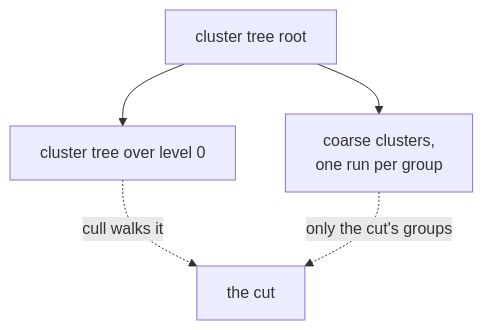
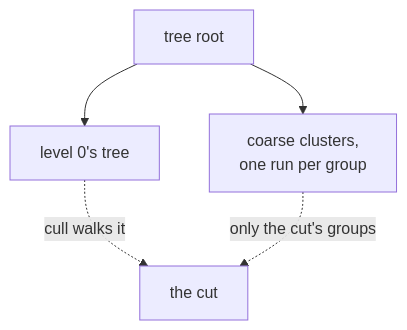
The second of 4 diagrams in docs/render/frame/Levels-of-Detail.md (jose-villegas/autana), drawn with Mermaid before and after one commit. The commit also changed 5 other files, not shown here.

Commit message:
docs: the cluster tree's cost names its owner, the coarse runs and the depth limit are stated

````diff
--- a/docs/render/frame/Levels-of-Detail.md
+++ b/docs/render/frame/Levels-of-Detail.md
@@ -35,7 +35,7 @@
 ```mermaid
 flowchart TB
-    Root[cluster tree root] --> Oct[cluster tree over level 0]
+    Root[tree root] --> Fine[level 0's tree]
     Root --> Runs[coarse clusters,<br/>one run per group]
-    Oct -. "cull walks it" .-> Cut[the cut]
+    Fine -. "cull walks it" .-> Cut[the cut]
     Runs -. "only the cut's groups" .-> Cut
 ```
````
